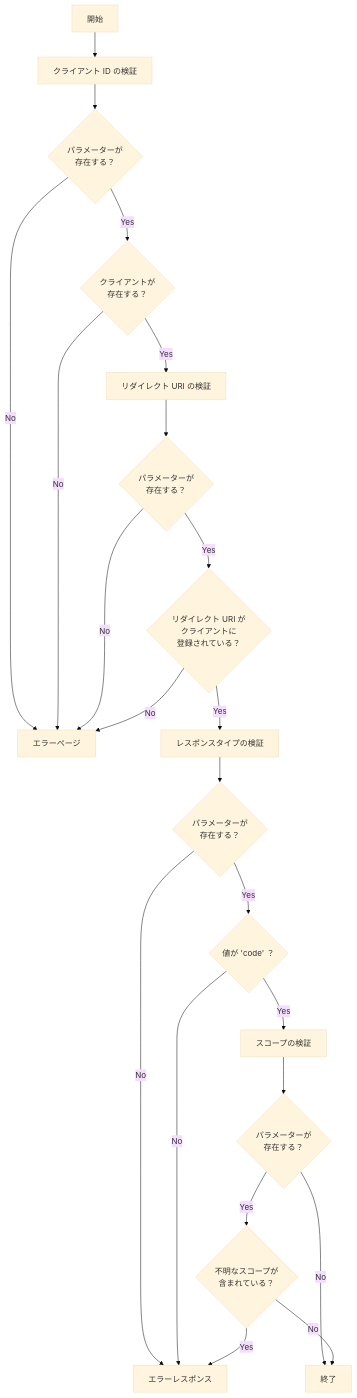
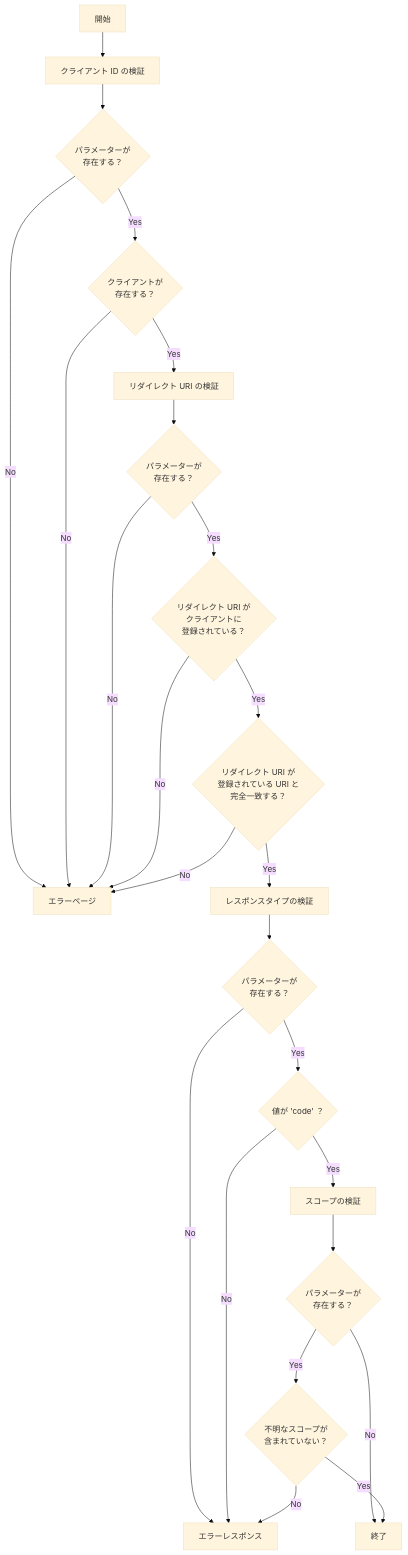
The third of 3 diagrams in docs/1_認可エンドポイント.md (ssaito-git/sample-oauth2-az), drawn with Mermaid (base theme) before and after one commit. The commit also changed other lines of this file and 1 other file, not shown here.

````diff
--- a/docs/1_認可エンドポイント.md
+++ b/docs/1_認可エンドポイント.md
@@ -52,49 +104,52 @@
 ```mermaid
 flowchart TB
     Start[開始]
     End[終了]
 
     error_page[エラーぺージ]
     error_response[エラーレスポンス]
 
     verify_client_id[クライアント ID の検証]
     exists_client_id{パラメーターが<br>存在する？}
     exists_client{クライアントが<br>存在する？}
 
     verify_redirect_uri[リダイレクト URI の検証]
     exists_redirect_uri{パラメーターが<br>存在する？}
     redirect_uri_registered{リダイレクト URI が<br>クライアントに<br>登録されている？}
+    redirect_uri_exact_match{リダイレクト URI が<br>登録されている URI と<br>完全一致する？}
 
     verify_response_type[レスポンスタイプの検証]
     exists_response_type{パラメーターが<br>存在する？}
     response_type_is_code{値が 'code' ？}
 
     verify_scope[スコープの検証]
     exists_scope{パラメーターが<br>存在する？}
-    unknown_scope_included{不明なスコープが<br>含まれている？}
+    unknown_scope_included{不明なスコープが<br>含まれていない？}
 
     Start --> verify_client_id
     verify_client_id --> exists_client_id
     exists_client_id -->|No| error_page
     exists_client_id -->|Yes| exists_client
     exists_client -->|No| error_page
     exists_client -->|Yes| verify_redirect_uri
 
     verify_redirect_uri --> exists_redirect_uri
     exists_redirect_uri -->|No| error_page
     exists_redirect_uri -->|Yes| redirect_uri_registered
     redirect_uri_registered -->|No| error_page
-    redirect_uri_registered -->|Yes| verify_response_type
+    redirect_uri_registered -->|Yes| redirect_uri_exact_match
+    redirect_uri_exact_match -->|No| error_page
+    redirect_uri_exact_match -->|Yes| verify_response_type
 
     verify_response_type --> exists_response_type
     exists_response_type -->|No| error_response
     exists_response_type -->|Yes| response_type_is_code
     response_type_is_code -->|No| error_response
     response_type_is_code -->|Yes| verify_scope
 
     verify_scope --> exists_scope
     exists_scope -->|No| End
     exists_scope -->|Yes| unknown_scope_included
-    unknown_scope_included -->|No| End
-    unknown_scope_included -->|Yes| error_response
+    unknown_scope_included -->|No| error_response
+    unknown_scope_included -->|Yes| End
 ```
````
